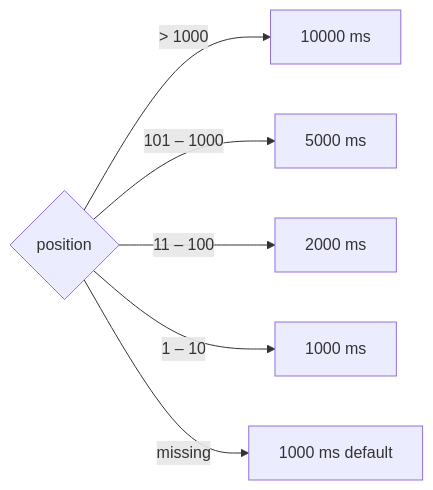
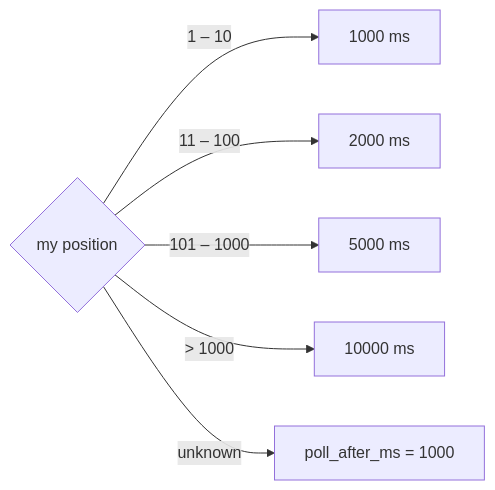
The second of 2 diagrams in docs/04-queue/04-get-now-serving.md (PTServerJanganTumbang-BookingTicket/be-rusuh-war-ticketing), drawn with Mermaid before and after one commit. The commit also changed other lines of this file and 10 other files, not shown here.

````diff
--- a/docs/04-queue/04-get-now-serving.md
+++ b/docs/04-queue/04-get-now-serving.md
@@ -44,8 +88,8 @@
 ```mermaid
 flowchart LR
-    P{position} -->|"> 1000"| A[10000 ms]
+    P{my position} -->|"1 – 10"| E[1000 ms]
+    P -->|"11 – 100"| D[2000 ms]
     P -->|"101 – 1000"| B[5000 ms]
-    P -->|"11 – 100"| D[2000 ms]
-    P -->|"1 – 10"| E[1000 ms]
-    P -->|missing| F[1000 ms default]
+    P -->|"> 1000"| A[10000 ms]
+    P -->|unknown| F[poll_after_ms = 1000]
 ```
````
